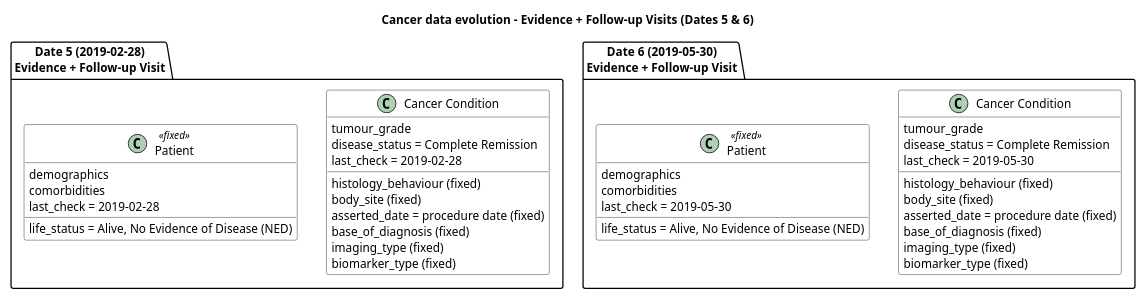
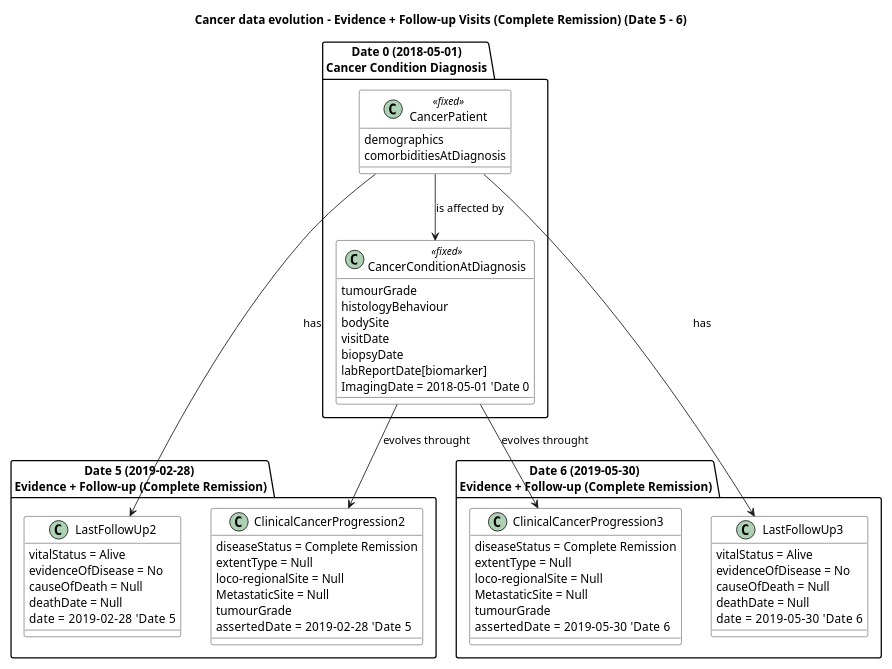
The diagram in input/images-source/CancerDataEvolution3.plantuml (hl7-eu/cancer-common), drawn with PlantUML before and after one commit. The commit also changed 6 other files, not shown here.

First line of the commit message:
Data Evolution Images Update

```diff
--- a/input/images-source/CancerDataEvolution3.plantuml
+++ b/input/images-source/CancerDataEvolution3.plantuml
@@ -1,56 +1,125 @@
 @startuml
-title Cancer data evolution - Evidence + Follow-up Visits (Dates 5 & 6)
+title Cancer data evolution - Evidence + Follow-up Visits (Complete Remission) (Date 5 - 6)
 
 skinparam class {
   BackgroundColor White
 }
 scale 0.8
 
-' ===========================================
+package "Date 0 (2018-05-01)\nCancer Condition Diagnosis" {
+  class CancerPatient <<fixed>> {
+    demographics
+    comorbiditiesAtDiagnosis
+  }
+  
+  class CancerConditionAtDiagnosis <<fixed>> {
+    tumourGrade
+    histologyBehaviour
+    bodySite
+    visitDate 
+    biopsyDate 
+    labReportDate[biomarker] 
+    ImagingDate = 2018-05-01 'Date 0
+  }
+ 
+}
+
+' Links inside Date 0
+CancerPatient --> CancerConditionAtDiagnosis : is affected by
+
+ package "Date 5 (2019-02-28) \nEvidence + Follow-up (Complete Remission)" {
+    
+    class LastFollowUp2 {
+     vitalStatus = Alive
+     evidenceOfDisease = No
+     causeOfDeath = Null
+     deathDate = Null
+     date = 2019-02-28   'Date 5
+  }
+
+    class ClinicalCancerProgression2 {
+      diseaseStatus = Complete Remission
+      extentType = Null
+      loco-regionalSite = Null
+      MetastaticSite = Null
+      tumourGrade
+      assertedDate = 2019-02-28   'Date 5
+    }
+
+ }
+
+CancerPatient --> LastFollowUp2 : has
+CancerConditionAtDiagnosis --> ClinicalCancerProgression2 : evolves throught
+
+package "Date 6 (2019-05-30) \nEvidence + Follow-up (Complete Remission)" {
+    
+    class LastFollowUp3 {
+     vitalStatus = Alive
+     evidenceOfDisease = No
+     causeOfDeath = Null
+     deathDate = Null
+     date = 2019-05-30   'Date 6
+  }
+
+    class ClinicalCancerProgression3 {
+      diseaseStatus = Complete Remission
+      extentType = Null
+      loco-regionalSite = Null
+      MetastaticSite = Null
+      tumourGrade
+      assertedDate = 2019-05-30   'Date 6
+    }
+
+ }
+
+CancerPatient --> LastFollowUp3 : has
+CancerConditionAtDiagnosis --> ClinicalCancerProgression3 : evolves throught
+
+/' ' ===========================================
 ' DATE 5 – 2019-02-28 (evidence + follow-up)
 ' ===========================================
 package "Date 5 (2019-02-28)\nEvidence + Follow-up Visit" {
   class CancerCondition_D5 as "Cancer Condition" {
     histology_behaviour (fixed)
     body_site (fixed)
     tumour_grade
     asserted_date = procedure date (fixed)
     base_of_diagnosis (fixed)
     imaging_type (fixed)
     biomarker_type (fixed)
     disease_status = Complete Remission
     last_check = 2019-02-28
   }
 
   class Patient_D5 as "Patient" <<fixed>> {
     demographics
     comorbidities
     life_status = Alive, No Evidence of Disease (NED)
     last_check = 2019-02-28
   }
 }
 
 ' ===========================================
-' DATE 6 – 2019-05-30 (evidence + follow-up)
+'Date 6 – 2019-05-30 (evidence + follow-up)
 ' ===========================================
 package "Date 6 (2019-05-30)\nEvidence + Follow-up Visit" {
   class CancerCondition_D6 as "Cancer Condition" {
     histology_behaviour (fixed)
     body_site (fixed)
     tumour_grade
     asserted_date = procedure date (fixed)
     base_of_diagnosis (fixed)
     imaging_type (fixed)
     biomarker_type (fixed)
     disease_status = Complete Remission
     last_check = 2019-05-30
   }
 
   class Patient_D6 as "Patient" <<fixed>> {
     demographics
     comorbidities
     life_status = Alive, No Evidence of Disease (NED)
     last_check = 2019-05-30
   }
-}
+} '/
 @enduml
```
